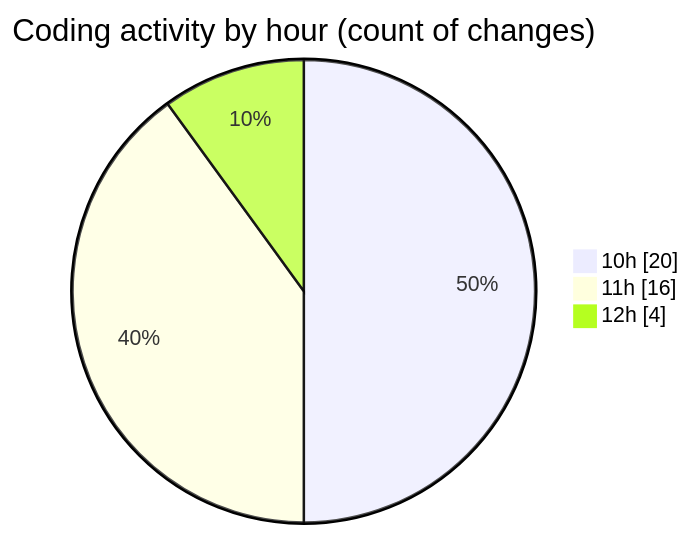
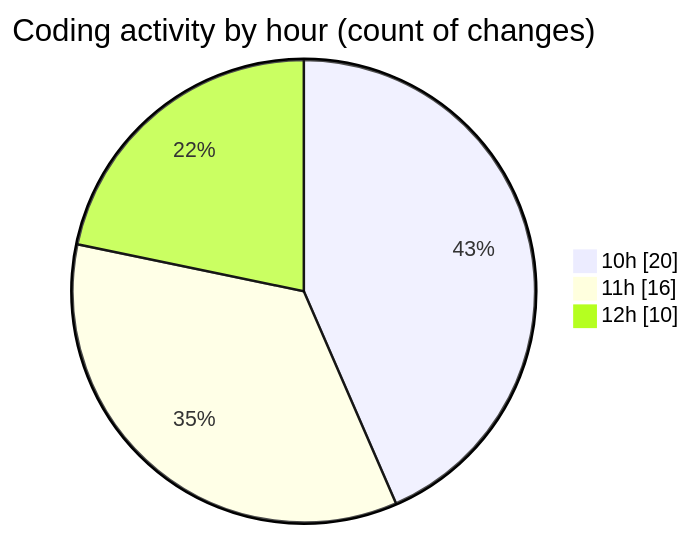
Before and after one commit to momahboobian/code-tracking: the second of 2 diagrams in 2025-07-28/cda/README.md, drawn with Mermaid. The commit also changed other lines of this file and 1 other file, not shown here.

````diff
--- a/2025-07-28/cda/README.md
+++ b/2025-07-28/cda/README.md
@@ -36,7 +39,7 @@
 ```mermaid
 pie showData
 title Coding activity by hour (count of changes)
 "10h" : 20
 "11h" : 16
-"12h" : 4
+"12h" : 10
 ```
````
